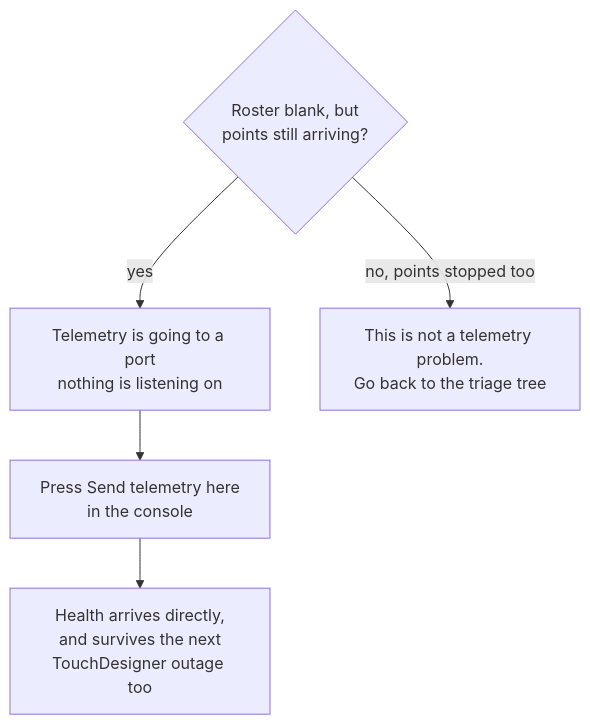
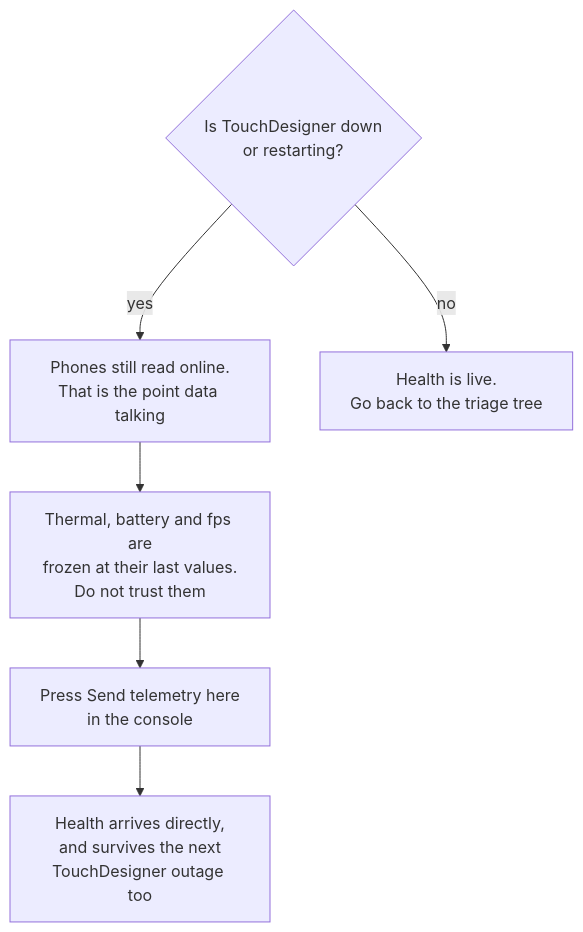
Before and after one commit to AristidesAI/TDStage-Docs: the second of 2 diagrams in operations/failure.md, drawn with Mermaid. The commit also changed other lines of this file and 1 other file, not shown here.

````diff
--- a/operations/failure.md
+++ b/operations/failure.md
@@ -88,8 +105,9 @@
 ```mermaid
 flowchart TD
-  Q{"Roster blank, but<br/>points still arriving?"}
-  Q -- "yes" --> R["Telemetry is going to a port<br/>nothing is listening on"]
-  R --> F["Press Send telemetry here<br/>in the console"]
+  Q{"Is TouchDesigner down<br/>or restarting?"}
+  Q -- "yes" --> R["Phones still read online.<br/>That is the point data talking"]
+  R --> S["Thermal, battery and fps are<br/>frozen at their last values.<br/>Do not trust them"]
+  S --> F["Press Send telemetry here<br/>in the console"]
   F --> G["Health arrives directly,<br/>and survives the next<br/>TouchDesigner outage too"]
-  Q -- "no, points stopped too" --> H["This is not a telemetry problem.<br/>Go back to the triage tree"]
+  Q -- "no" --> H["Health is live.<br/>Go back to the triage tree"]
 ```
````
